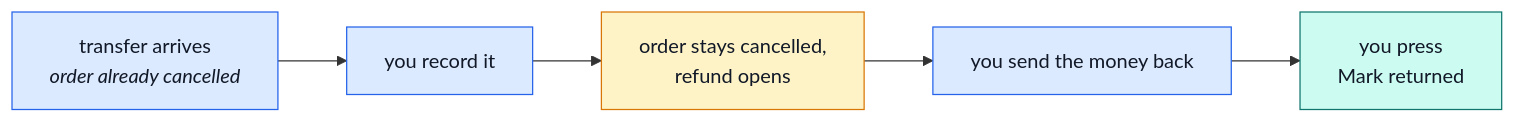
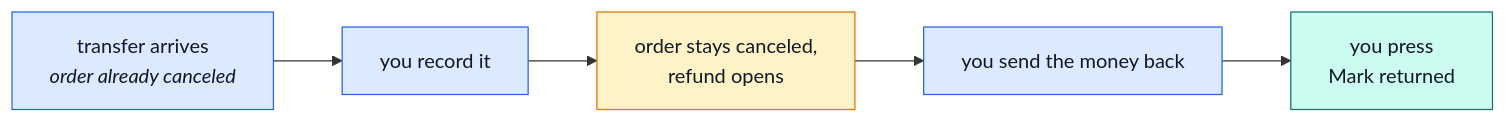
The third of 3 diagrams in docs/demo-ecommerce/when-something-goes-wrong.md (Guebbit/boilerplate-node-backend), drawn with Mermaid before and after one commit. The commit also changed other lines of this file and 301 other files, not shown here.

````diff
--- a/docs/demo-ecommerce/when-something-goes-wrong.md
+++ b/docs/demo-ecommerce/when-something-goes-wrong.md
@@ -366,15 +366,15 @@
 ```mermaid
 %%{init: {'flowchart': {'nodeSpacing': 30, 'rankSpacing': 55}}}%%
 flowchart LR
-    A["transfer arrives<br/><i>order already cancelled</i>"] --> B["you record it"]
-    B --> C["order stays cancelled,<br/>refund opens"]
+    A["transfer arrives<br/><i>order already canceled</i>"] --> B["you record it"]
+    B --> C["order stays canceled,<br/>refund opens"]
     C --> D["you send the money back"]
     D --> E["you press<br/>Mark returned"]
 
     classDef you fill:#dbeafe,stroke:#2563eb,color:#111827;
     classDef auto fill:#fef3c7,stroke:#d97706,color:#111827;
     classDef done fill:#ccfbf1,stroke:#0f766e,color:#111827;
     class A,B,D,E you;
     class C auto;
     class E done;
 ```
````
